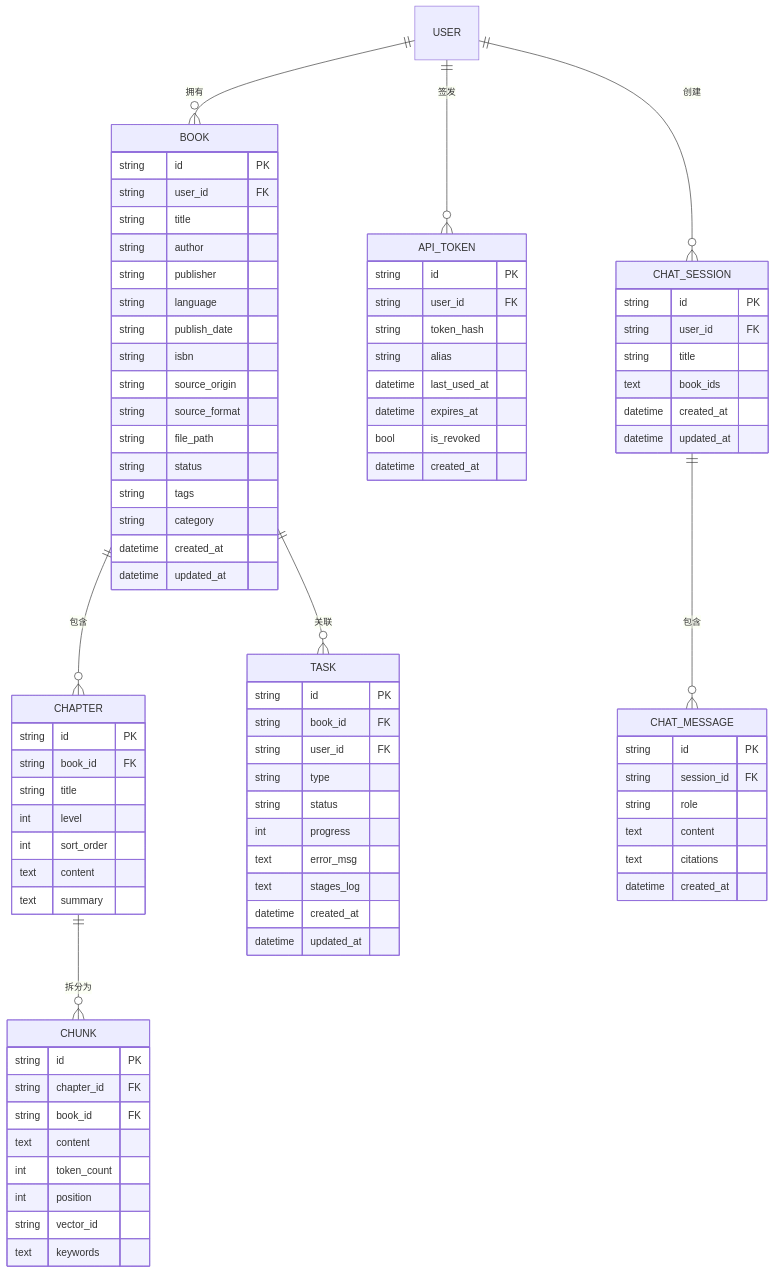
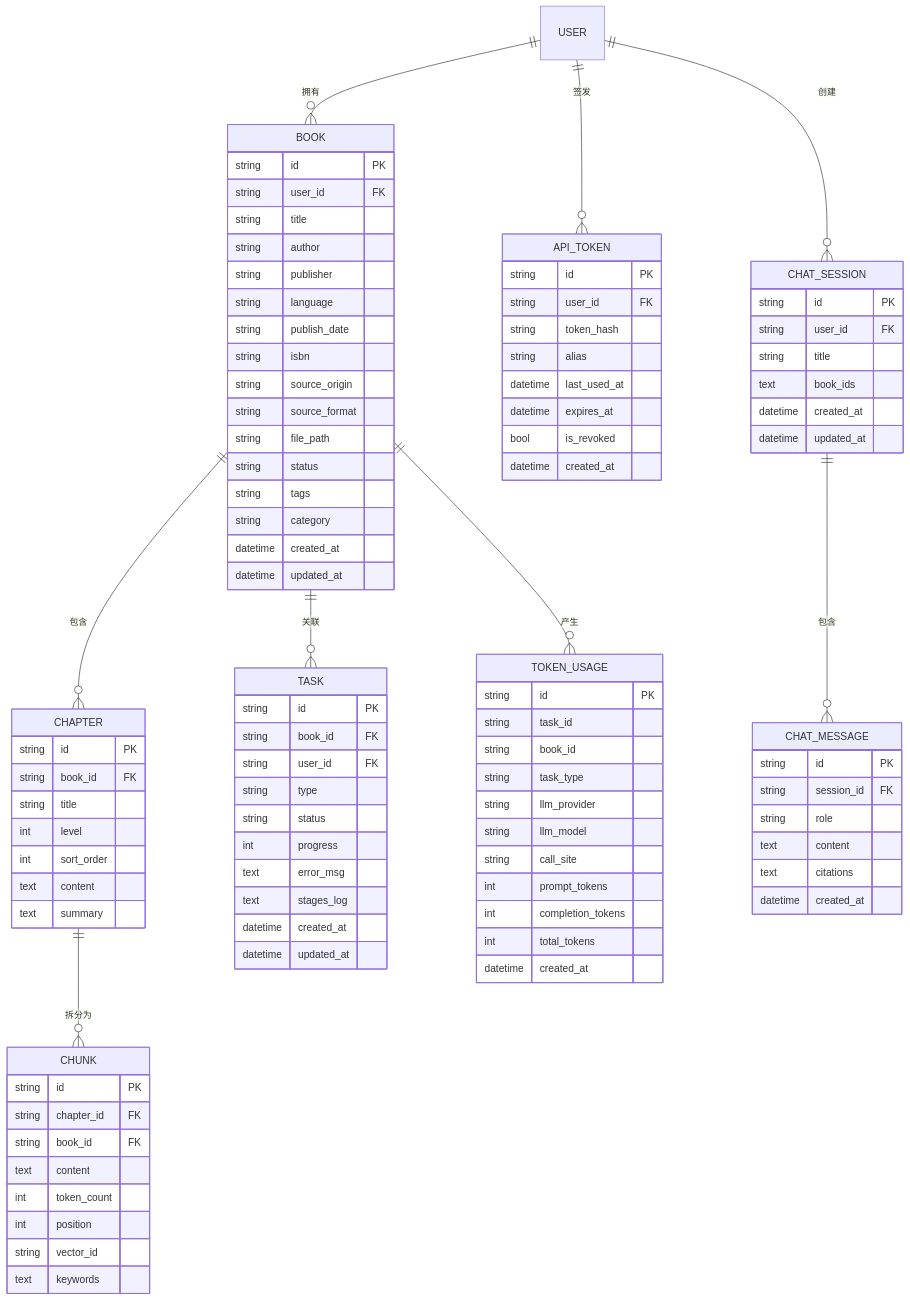
One commit to PoxenStudio/MyNexus changed the fourth of 4 diagrams in docs/系统设计文档.md. Above: the diagram before and after it, drawn with Mermaid. The commit also changed other lines of this file and 11 other files, not shown here.

````diff
--- a/docs/系统设计文档.md
+++ b/docs/系统设计文档.md
@@ -509,6 +509,7 @@
     USER ||--o{ CHAT_SESSION : "创建"
     BOOK ||--o{ CHAPTER : "包含"
     BOOK ||--o{ TASK : "关联"
+    BOOK ||--o{ TOKEN_USAGE : "产生"
     CHAPTER ||--o{ CHUNK : "拆分为"
     CHAT_SESSION ||--o{ CHAT_MESSAGE : "包含"
 
@@ -593,4 +594,18 @@
         text citations
         datetime created_at
     }
+
+    TOKEN_USAGE {
+        string id PK
+        string task_id
+        string book_id
+        string task_type
+        string llm_provider
+        string llm_model
+        string call_site
+        int prompt_tokens
+        int completion_tokens
+        int total_tokens
+        datetime created_at
+    }
 ```
````
